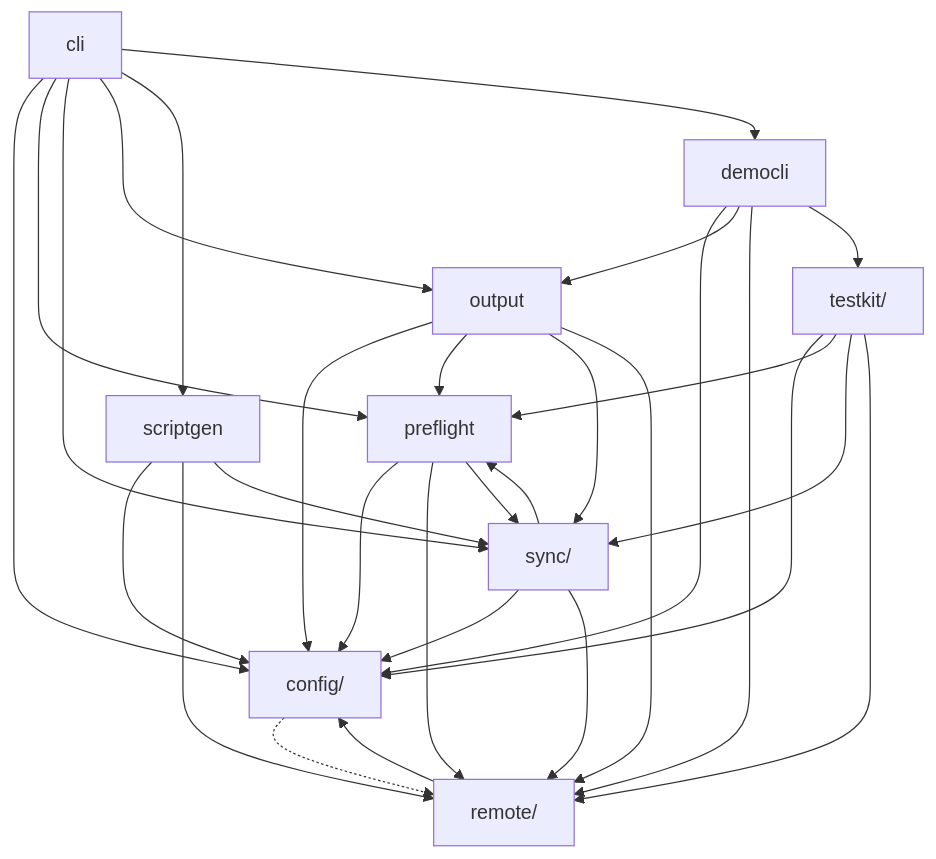
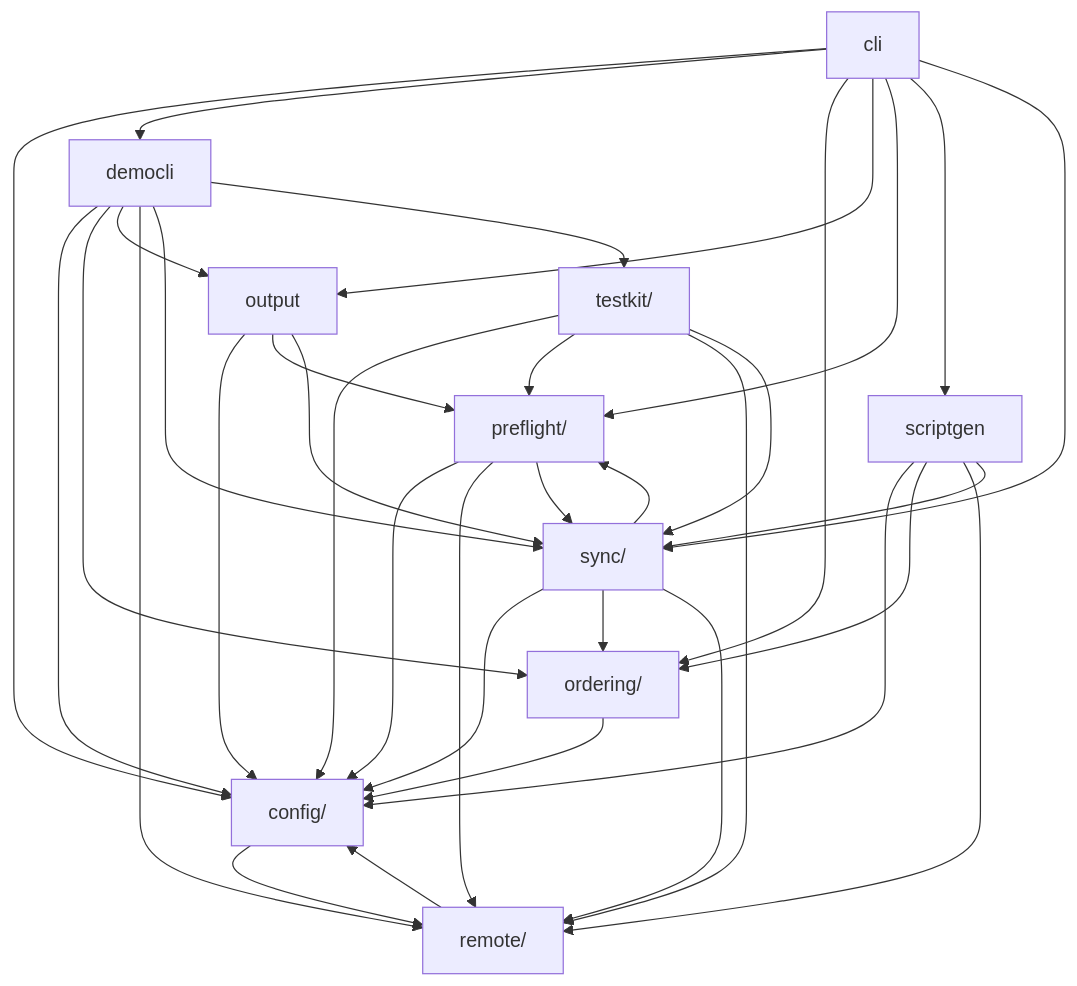
One commit to iglootools/nbkp changed the first of 2 diagrams in docs/architecture.md. Above: the diagram before and after it, drawn with Mermaid. The commit also changed other lines of this file and 5 other files, not shown here.

````diff
--- a/docs/architecture.md
+++ b/docs/architecture.md
@@ -6,49 +6,48 @@
 ```mermaid
 graph TD
     cli["cli"]
+    config["config/"]
     democli["democli"]
+    ordering["ordering/"]
     output["output"]
-    preflight["preflight"]
+    preflight["preflight/"]
+    remote["remote/"]
     scriptgen["scriptgen"]
-    config["config/"]
-    remote["remote/"]
     sync["sync/"]
     testkit["testkit/"]
 
     cli --> config
+    cli --> democli
+    cli --> ordering
+    cli --> output
     cli --> preflight
+    cli --> scriptgen
     cli --> sync
-    cli --> output
-    cli --> scriptgen
-    cli --> democli
-
+    config --> remote
     democli --> config
+    democli --> ordering
     democli --> output
     democli --> remote
+    democli --> sync
     democli --> testkit
-
+    ordering --> config
     output --> config
     output --> preflight
     output --> sync
-    output --> remote
-
     preflight --> config
     preflight --> remote
     preflight --> sync
-
+    remote --> config
     scriptgen --> config
+    scriptgen --> ordering
     scriptgen --> remote
     scriptgen --> sync
-
     sync --> config
+    sync --> ordering
+    sync --> preflight
     sync --> remote
-    sync --> preflight
-
-    remote --> config
-    config -.-> remote
-
     testkit --> config
     testkit --> preflight
+    testkit --> remote
     testkit --> sync
-    testkit --> remote
 ```
````
